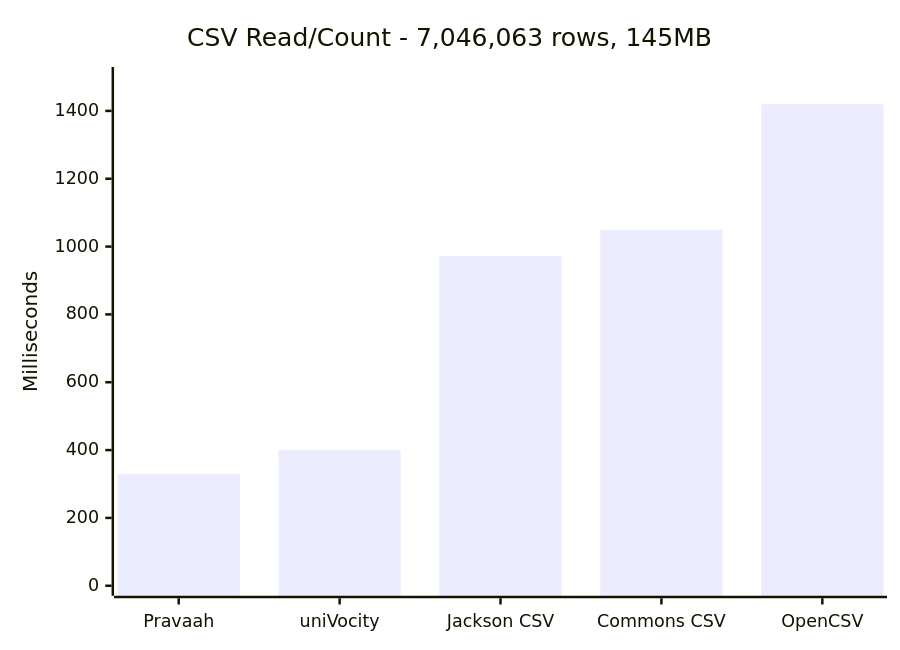
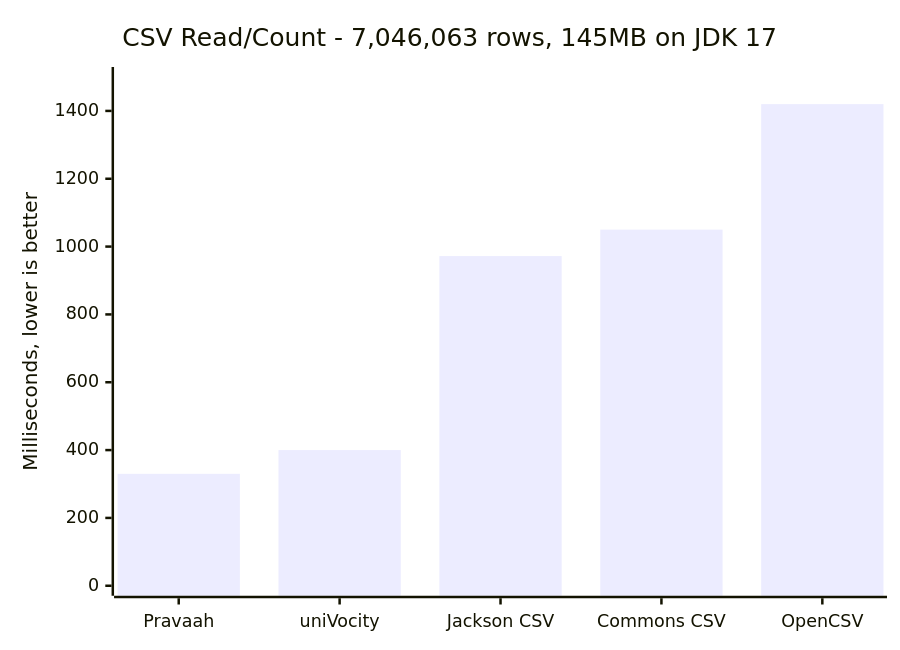
The first of 6 diagrams in README.md (beingmartinbmc/pravaah-java), drawn with Mermaid before and after one commit. The commit also changed other lines of this file and 1 other file, not shown here.

````diff
--- a/README.md
+++ b/README.md
@@ -365,7 +365,7 @@
 ```mermaid
 xychart-beta
-    title "CSV Read/Count - 7,046,063 rows, 145MB"
+    title "CSV Read/Count - 7,046,063 rows, 145MB on JDK 17"
     x-axis ["Pravaah", "uniVocity", "Jackson CSV", "Commons CSV", "OpenCSV"]
-    y-axis "Milliseconds" 0 --> 1500
+    y-axis "Milliseconds, lower is better" 0 --> 1500
     bar [330, 400, 972, 1050, 1420]
 ```
````
